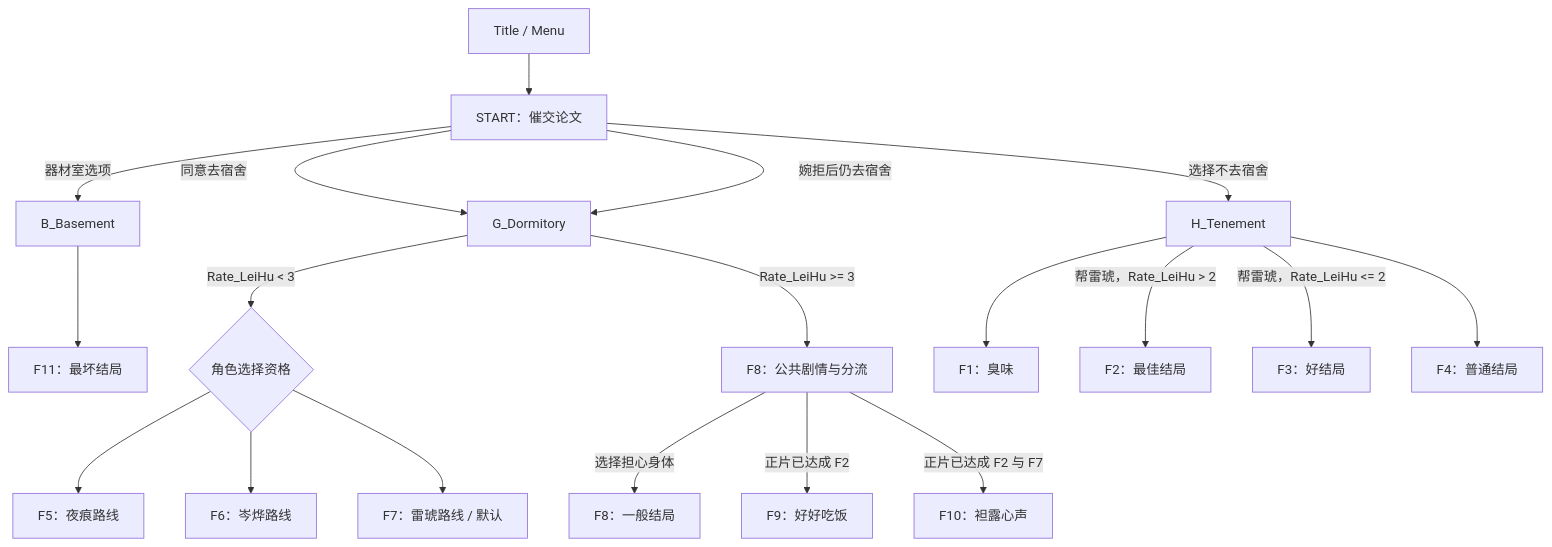
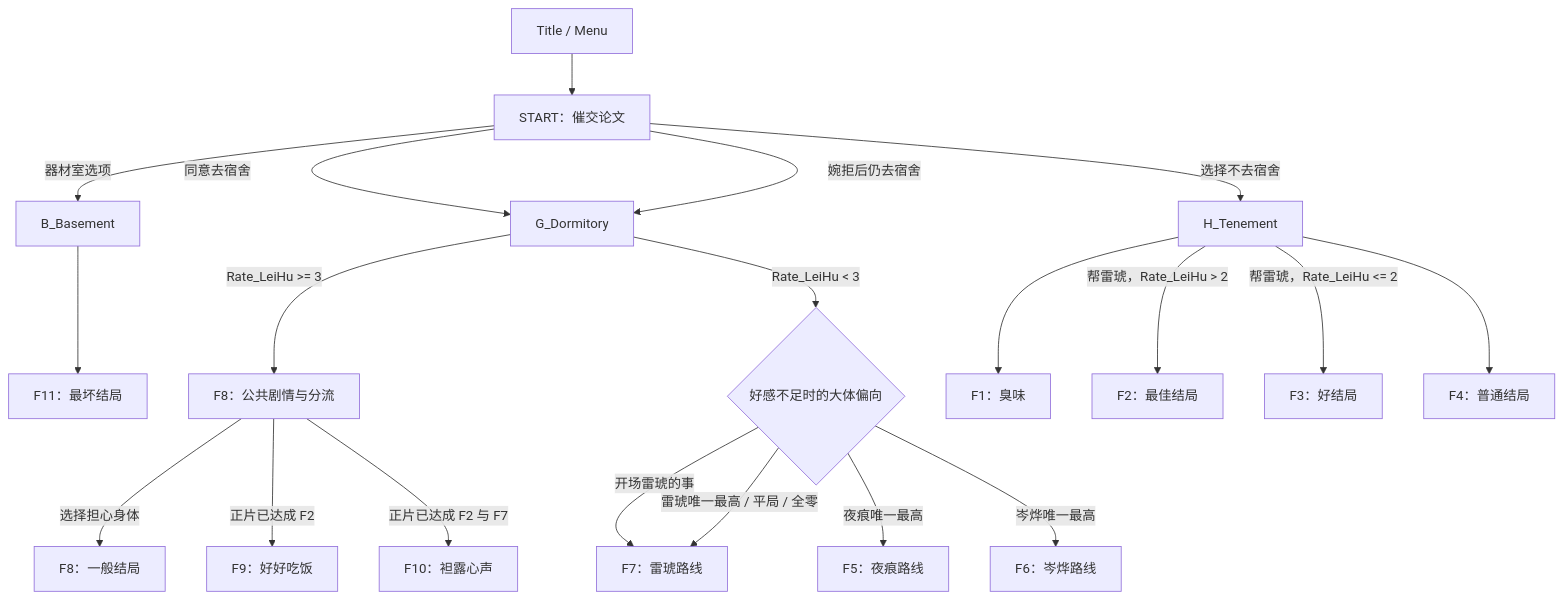
The first of 6 diagrams in Ink Projects/圣诞大攻略：雷琥/__Docs/STORY_FLOW_AND_ENDINGS.md (Project-Kurokawa-Logistics/kurokawa-logistics), drawn with Mermaid before and after one commit. The commit also changed other lines of this file and 25 other files, not shown here.

````diff
--- a/Ink Projects/圣诞大攻略：雷琥/__Docs/STORY_FLOW_AND_ENDINGS.md
+++ b/Ink Projects/圣诞大攻略：雷琥/__Docs/STORY_FLOW_AND_ENDINGS.md
@@ -22,21 +22,22 @@
 ```mermaid
 flowchart TD
     T[Title / Menu] --> S[START：催交论文]
     S -->|同意去宿舍| G[G_Dormitory]
     S -->|婉拒后仍去宿舍| G
     S -->|选择不去宿舍| H[H_Tenement]
     S -->|器材室选项| B[B_Basement]
     B --> F11[F11：最坏结局]
-    G -->|Rate_LeiHu < 3| R{角色选择资格}
-    R --> F5[F5：夜痕路线]
-    R --> F6[F6：岑烨路线]
-    R --> F7[F7：雷琥路线 / 默认]
     G -->|Rate_LeiHu >= 3| F8[F8：公共剧情与分流]
+    G -->|Rate_LeiHu < 3| R{好感不足时的大体偏向}
+    R -->|开场雷琥的事| F7[F7：雷琥路线]
+    R -->|夜痕唯一最高| F5[F5：夜痕路线]
+    R -->|岑烨唯一最高| F6[F6：岑烨路线]
+    R -->|雷琥唯一最高 / 平局 / 全零| F7
     H --> F1[F1：臭味]
     H -->|帮雷琥，Rate_LeiHu > 2| F2[F2：最佳结局]
     H -->|帮雷琥，Rate_LeiHu <= 2| F3[F3：好结局]
     H --> F4[F4：普通结局]
     F8 -->|选择担心身体| F8E[F8：一般结局]
     F8 -->|正片已达成 F2| F9[F9：好好吃饭]
     F8 -->|正片已达成 F2 与 F7| F10[F10：袒露心声]
 ```
````
